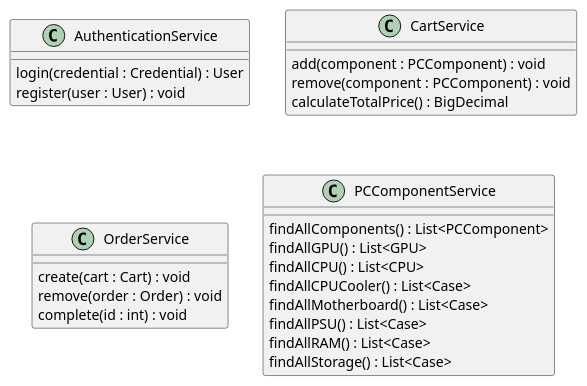
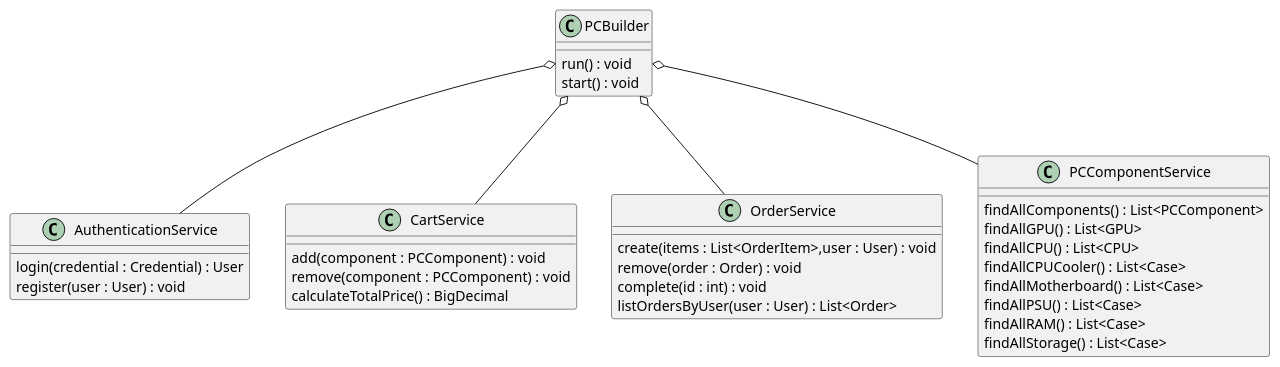
One commit to KozariAndras/elte-fsz-23-24-osz-pc-builder changed the diagram in uml/PCBuilderService.plantuml. Above: the diagram before and after it, drawn with PlantUML. The commit also changed 8 other files, not shown here.

```diff
--- a/uml/PCBuilderService.plantuml
+++ b/uml/PCBuilderService.plantuml
@@ -1,31 +1,46 @@
 @startuml
+
+PCBuilder o-- AuthenticationService
+PCBuilder o-- CartService
+PCBuilder o-- OrderService
+PCBuilder o-- PCComponentService
+
+
+class PCBuilder {
+run() : void
+start() : void
+}
+
 class AuthenticationService{
 login(credential : Credential) : User
 register(user : User) : void
 }
 
 class CartService{
 add(component : PCComponent) : void
 remove(component : PCComponent) : void
 calculateTotalPrice() : BigDecimal
 }
 
 class OrderService{
-create(cart : Cart) : void
+create(items : List<OrderItem>,user : User) : void
 remove(order : Order) : void
 complete(id : int) : void
+listOrdersByUser(user : User) : List<Order>
 }
 
 class PCComponentService{
 findAllComponents() : List<PCComponent>
 findAllGPU() : List<GPU>
 findAllCPU() : List<CPU>
 findAllCPUCooler() : List<Case>
 findAllMotherboard() : List<Case>
 findAllPSU() : List<Case>
 findAllRAM() : List<Case>
 findAllStorage() : List<Case>
 
 }
 
+
+
 @enduml
```
